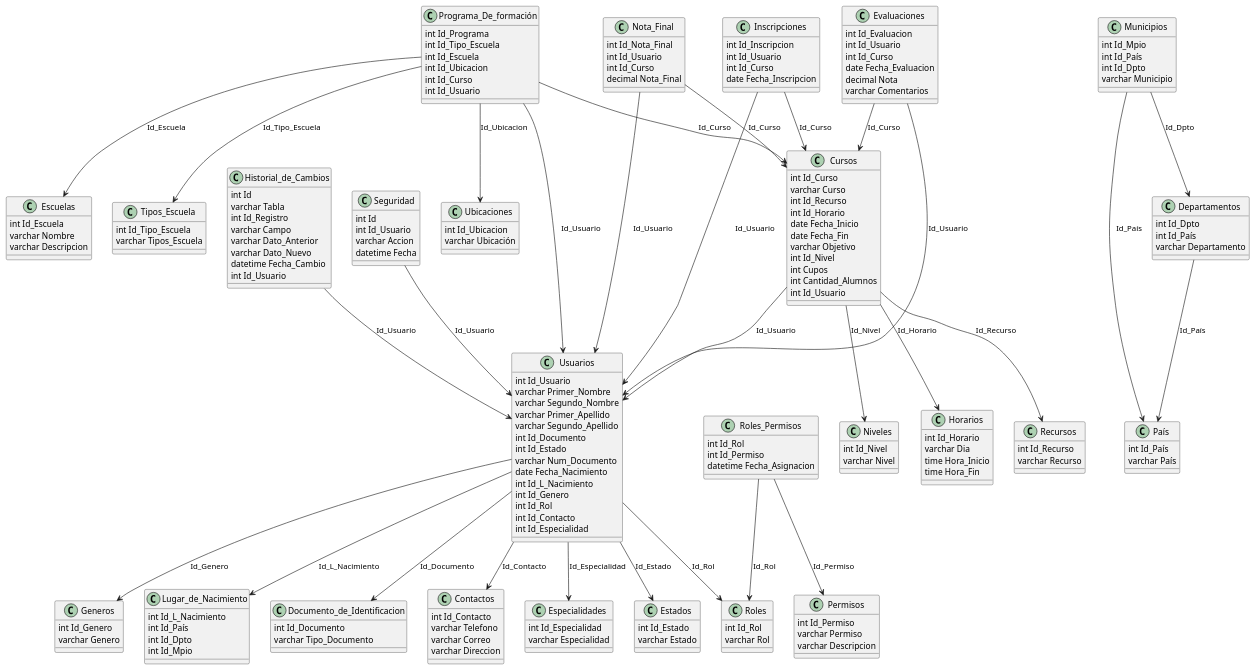
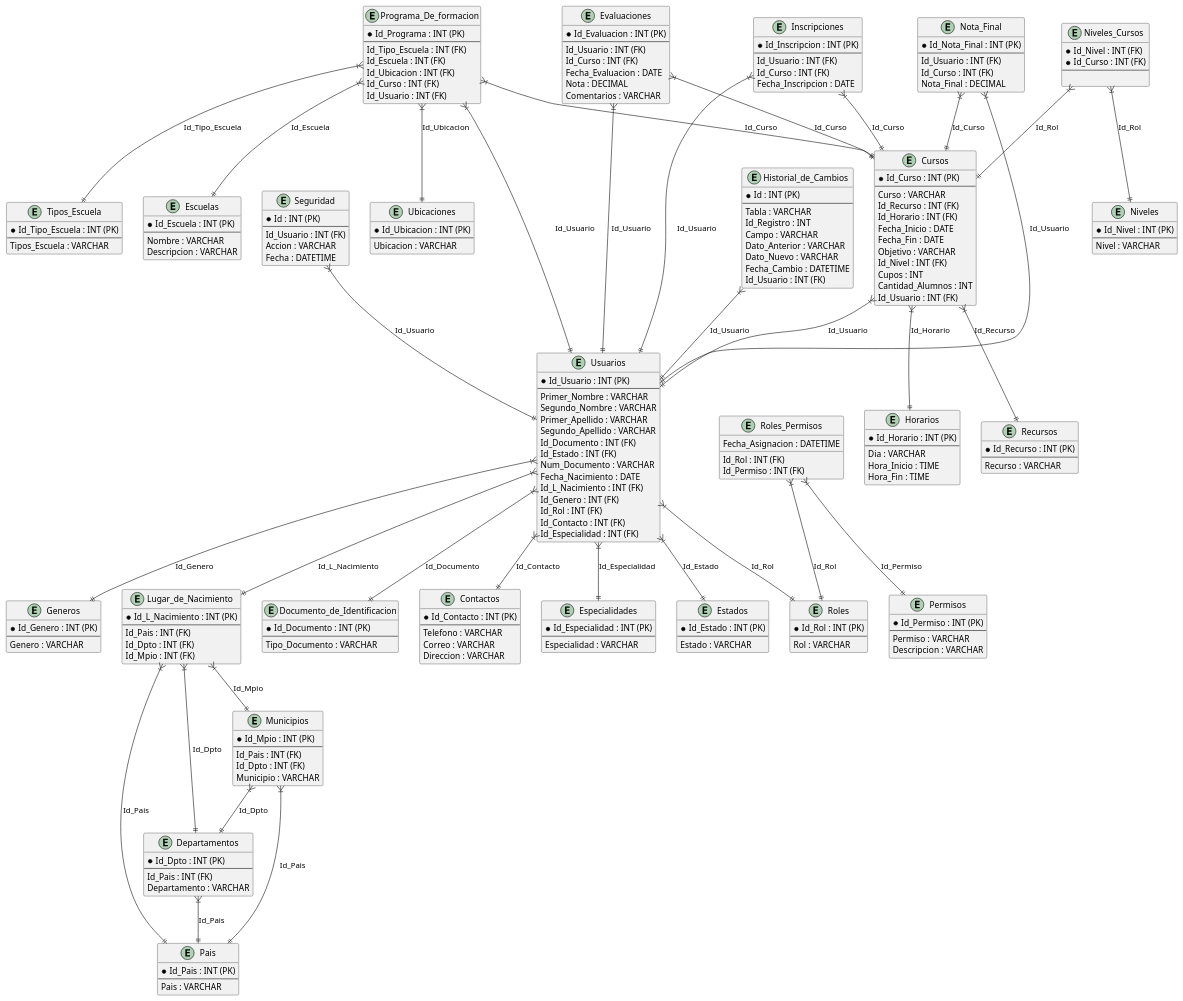
One commit to nicoRincon/CulturaTibacuy changed the diagram in diagramas/modeloclass.puml. Above: the diagram before and after it, drawn with PlantUML. The commit also changed 2 other files, not shown here.

Commit message:
Refactor UML diagrams and HTML form for data capture; enhance entity definitions and relationships

```diff
--- a/diagramas/modeloclass.puml
+++ b/diagramas/modeloclass.puml
@@ -1,214 +1,253 @@
-@startuml modeloclass
-class Escuelas {
-    int Id_Escuela
-    varchar Nombre
-    varchar Descripcion
+@startuml
+entity Escuelas {
+  *Id_Escuela : INT (PK)
+  --
+  Nombre : VARCHAR
+  Descripcion : VARCHAR
 }
 
-class Tipos_Escuela {
-    int Id_Tipo_Escuela
-    varchar Tipos_Escuela
+entity Tipos_Escuela {
+  *Id_Tipo_Escuela : INT (PK)
+  --
+  Tipos_Escuela : VARCHAR
 }
 
-class Usuarios {
-    int Id_Usuario
-    varchar Primer_Nombre
-    varchar Segundo_Nombre
-    varchar Primer_Apellido
-    varchar Segundo_Apellido
-    int Id_Documento
-    int Id_Estado
-    varchar Num_Documento
-    date Fecha_Nacimiento
-    int Id_L_Nacimiento
-    int Id_Genero
-    int Id_Rol
-    int Id_Contacto
-    int Id_Especialidad
+entity Usuarios {
+  *Id_Usuario : INT (PK)
+  --
+  Primer_Nombre : VARCHAR
+  Segundo_Nombre : VARCHAR
+  Primer_Apellido : VARCHAR
+  Segundo_Apellido : VARCHAR
+  Id_Documento : INT (FK)
+  Id_Estado : INT (FK)
+  Num_Documento : VARCHAR
+  Fecha_Nacimiento : DATE
+  Id_L_Nacimiento : INT (FK)
+  Id_Genero : INT (FK)
+  Id_Rol : INT (FK)
+  Id_Contacto : INT (FK)
+  Id_Especialidad : INT (FK)
 }
 
-class Lugar_de_Nacimiento {
-    int Id_L_Nacimiento
-    int Id_País
-    int Id_Dpto
-    int Id_Mpio
+entity Lugar_de_Nacimiento {
+  *Id_L_Nacimiento : INT (PK)
+  --
+  Id_Pais : INT (FK)
+  Id_Dpto : INT (FK)
+  Id_Mpio : INT (FK)
 }
 
-class Documento_de_Identificacion {
-    int Id_Documento
-    varchar Tipo_Documento
+entity Documento_de_Identificacion {
+  *Id_Documento : INT (PK)
+  --
+  Tipo_Documento : VARCHAR
 }
 
-class Generos {
-    int Id_Genero
-    varchar Genero
+entity Generos {
+  *Id_Genero : INT (PK)
+  --
+  Genero : VARCHAR
 }
 
-class Roles {
-    int Id_Rol
-    varchar Rol
+entity Roles {
+  *Id_Rol : INT (PK)
+  --
+  Rol : VARCHAR
 }
 
-class Cursos {
-    int Id_Curso
-    varchar Curso
-    int Id_Recurso
-    int Id_Horario
-    date Fecha_Inicio
-    date Fecha_Fin
-    varchar Objetivo
-    int Id_Nivel
-    int Cupos
-    int Cantidad_Alumnos
-    int Id_Usuario
+entity Cursos {
+  *Id_Curso : INT (PK)
+  --
+  Curso : VARCHAR
+  Id_Recurso : INT (FK)
+  Id_Horario : INT (FK)
+  Fecha_Inicio : DATE
+  Fecha_Fin : DATE
+  Objetivo : VARCHAR
+  Id_Nivel : INT (FK)
+  Cupos : INT
+  Cantidad_Alumnos : INT
+  Id_Usuario : INT (FK)
 }
 
-class Contactos {
-    int Id_Contacto
-    varchar Telefono
-    varchar Correo
-    varchar Direccion
+entity Contactos {
+  *Id_Contacto : INT (PK)
+  --
+  Telefono : VARCHAR
+  Correo : VARCHAR
+  Direccion : VARCHAR
 }
 
-class Especialidades {
-    int Id_Especialidad
-    varchar Especialidad
+entity Especialidades {
+  *Id_Especialidad : INT (PK)
+  --
+  Especialidad : VARCHAR
 }
 
-class Niveles {
-    int Id_Nivel
-    varchar Nivel
+entity Niveles {
+  *Id_Nivel : INT (PK)
+  --
+  Nivel : VARCHAR
 }
 
-class Horarios {
-    int Id_Horario
-    varchar Dia
-    time Hora_Inicio
-    time Hora_Fin
+entity Niveles_Cursos{
+  *Id_Nivel : INT (FK)
+  *Id_Curso : INT (FK)
+  --
+
 }
 
-class Ubicaciones {
-    int Id_Ubicacion
-    varchar Ubicación
+
+entity Horarios {
+  *Id_Horario : INT (PK)
+  --
+  Dia : VARCHAR
+  Hora_Inicio : TIME
+  Hora_Fin : TIME
 }
 
-class Programa_De_formación {
-    int Id_Programa
-    int Id_Tipo_Escuela
-    int Id_Escuela
-    int Id_Ubicacion
-    int Id_Curso
-    int Id_Usuario
+entity Ubicaciones {
+  *Id_Ubicacion : INT (PK)
+  --
+  Ubicacion : VARCHAR
 }
 
-class Recursos {
-    int Id_Recurso
-    varchar Recurso
+entity Programa_De_formacion {
+  *Id_Programa : INT (PK)
+  --
+  Id_Tipo_Escuela : INT (FK)
+  Id_Escuela : INT (FK)
+  Id_Ubicacion : INT (FK)
+  Id_Curso : INT (FK)
+  Id_Usuario : INT (FK)
 }
 
-class Estados {
-    int Id_Estado
-    varchar Estado
+entity Recursos {
+  *Id_Recurso : INT (PK)
+  --
+  Recurso : VARCHAR
 }
 
-class Permisos {
-    int Id_Permiso
-    varchar Permiso
-    varchar Descripcion
+entity Estados {
+  *Id_Estado : INT (PK)
+  --
+  Estado : VARCHAR
 }
 
-class Historial_de_Cambios {
-    int Id
-    varchar Tabla
-    int Id_Registro
-    varchar Campo
-    varchar Dato_Anterior
-    varchar Dato_Nuevo
-    datetime Fecha_Cambio
-    int Id_Usuario
+entity Permisos {
+  *Id_Permiso : INT (PK)
+  --
+  Permiso : VARCHAR
+  Descripcion : VARCHAR
 }
 
-class Seguridad {
-    int Id
-    int Id_Usuario
-    varchar Accion
-    datetime Fecha
+entity Historial_de_Cambios {
+  *Id : INT (PK)
+  --
+  Tabla : VARCHAR
+  Id_Registro : INT
+  Campo : VARCHAR
+  Dato_Anterior : VARCHAR
+  Dato_Nuevo : VARCHAR
+  Fecha_Cambio : DATETIME
+  Id_Usuario : INT (FK)
 }
 
-class País {
-    int Id_País
-    varchar País
+entity Seguridad {
+  *Id : INT (PK)
+  --
+  Id_Usuario : INT (FK)
+  Accion : VARCHAR
+  Fecha : DATETIME
 }
 
-class Departamentos {
-    int Id_Dpto
-    int Id_País
-    varchar Departamento
+entity Pais {
+  *Id_Pais : INT (PK)
+  --
+  Pais : VARCHAR
 }
 
-class Municipios {
-    int Id_Mpio
-    int Id_País
-    int Id_Dpto
-    varchar Municipio
+entity Departamentos {
+  *Id_Dpto : INT (PK)
+  --
+  Id_Pais : INT (FK)
+  Departamento : VARCHAR
 }
 
-class Inscripciones {
-    int Id_Inscripcion
-    int Id_Usuario
-    int Id_Curso
-    date Fecha_Inscripcion
+entity Municipios {
+  *Id_Mpio : INT (PK)
+  --
+  Id_Pais : INT (FK)
+  Id_Dpto : INT (FK)
+  Municipio : VARCHAR
 }
 
-class Evaluaciones {
-    int Id_Evaluacion
-    int Id_Usuario
-    int Id_Curso
-    date Fecha_Evaluacion
-    decimal Nota
-    varchar Comentarios
+entity Inscripciones {
+  *Id_Inscripcion : INT (PK)
+  --
+  Id_Usuario : INT (FK)
+  Id_Curso : INT (FK)
+  Fecha_Inscripcion : DATE
 }
 
-class Nota_Final {
-    int Id_Nota_Final
-    int Id_Usuario
-    int Id_Curso
-    decimal Nota_Final
+entity Evaluaciones {
+  *Id_Evaluacion : INT (PK)
+  --
+  Id_Usuario : INT (FK)
+  Id_Curso : INT (FK)
+  Fecha_Evaluacion : DATE
+  Nota : DECIMAL
+  Comentarios : VARCHAR
 }
 
-class Roles_Permisos {
-    int Id_Rol
-    int Id_Permiso
-    datetime Fecha_Asignacion
+entity Nota_Final {
+  *Id_Nota_Final : INT (PK)
+  --
+  Id_Usuario : INT (FK)
+  Id_Curso : INT (FK)
+  Nota_Final : DECIMAL
 }
 
-Usuarios --> Documento_de_Identificacion : Id_Documento
-Usuarios --> Estados : Id_Estado
-Usuarios --> Generos : Id_Genero
-Usuarios --> Roles : Id_Rol
-Usuarios --> Contactos : Id_Contacto
-Usuarios --> Especialidades : Id_Especialidad
-Usuarios --> Lugar_de_Nacimiento : Id_L_Nacimiento
-Cursos --> Recursos : Id_Recurso
-Cursos --> Horarios : Id_Horario
-Cursos --> Niveles : Id_Nivel
-Cursos --> Usuarios : Id_Usuario
-Programa_De_formación --> Tipos_Escuela : Id_Tipo_Escuela
-Programa_De_formación --> Escuelas : Id_Escuela
-Programa_De_formación --> Ubicaciones : Id_Ubicacion
-Programa_De_formación --> Cursos : Id_Curso
-Programa_De_formación --> Usuarios : Id_Usuario
-Departamentos --> País : Id_País
-Municipios --> País : Id_País
-Municipios --> Departamentos : Id_Dpto
-Inscripciones --> Usuarios : Id_Usuario
-Inscripciones --> Cursos : Id_Curso
-Evaluaciones --> Usuarios : Id_Usuario
-Evaluaciones --> Cursos : Id_Curso
-Nota_Final --> Usuarios : Id_Usuario
-Nota_Final --> Cursos : Id_Curso
-Historial_de_Cambios --> Usuarios : Id_Usuario
-Seguridad --> Usuarios : Id_Usuario
-Roles_Permisos --> Roles : Id_Rol
-Roles_Permisos --> Permisos : Id_Permiso
+entity Roles_Permisos {
+  Id_Rol : INT (FK)
+  Id_Permiso : INT (FK)
+  Fecha_Asignacion : DATETIME
+}
+
+Usuarios }|--|| Documento_de_Identificacion : "Id_Documento"
+Usuarios }|--|| Estados : "Id_Estado"
+Usuarios }|--|| Lugar_de_Nacimiento : "Id_L_Nacimiento"
+Usuarios }|--|| Generos : "Id_Genero"
+Usuarios }|--|| Roles : "Id_Rol"
+Usuarios }|--|| Contactos : "Id_Contacto"
+Usuarios }|--|| Especialidades : "Id_Especialidad"
+Lugar_de_Nacimiento }|--|| Pais : "Id_Pais"
+Lugar_de_Nacimiento }|--|| Departamentos : "Id_Dpto"
+Lugar_de_Nacimiento }|--|| Municipios : "Id_Mpio"
+Cursos }|--|| Recursos : "Id_Recurso"
+Cursos }|--|| Horarios : "Id_Horario"
+Cursos }|--|| Usuarios : "Id_Usuario"
+Niveles_Cursos }|--|| Niveles : "Id_Rol"
+Niveles_Cursos }|--|| Cursos : "Id_Rol"
+Programa_De_formacion }|--|| Tipos_Escuela : "Id_Tipo_Escuela"
+Programa_De_formacion }|--|| Escuelas : "Id_Escuela"
+Programa_De_formacion }|--|| Ubicaciones : "Id_Ubicacion"
+Programa_De_formacion }|--|| Cursos : "Id_Curso"
+Programa_De_formacion }|--|| Usuarios : "Id_Usuario"
+Departamentos }|--|| Pais : "Id_Pais"
+Municipios }|--|| Pais : "Id_Pais"
+Municipios }|--|| Departamentos : "Id_Dpto"
+Inscripciones }|--|| Usuarios : "Id_Usuario"
+Inscripciones }|--|| Cursos : "Id_Curso"
+Evaluaciones }|--|| Usuarios : "Id_Usuario"
+Evaluaciones }|--|| Cursos : "Id_Curso"
+Nota_Final }|--|| Usuarios : "Id_Usuario"
+Nota_Final }|--|| Cursos : "Id_Curso"
+Historial_de_Cambios }|--|| Usuarios : "Id_Usuario"
+Seguridad }|--|| Usuarios : "Id_Usuario"
+Roles_Permisos }|--|| Roles : "Id_Rol"
+Roles_Permisos }|--|| Permisos : "Id_Permiso"
+
+
 @enduml
```
